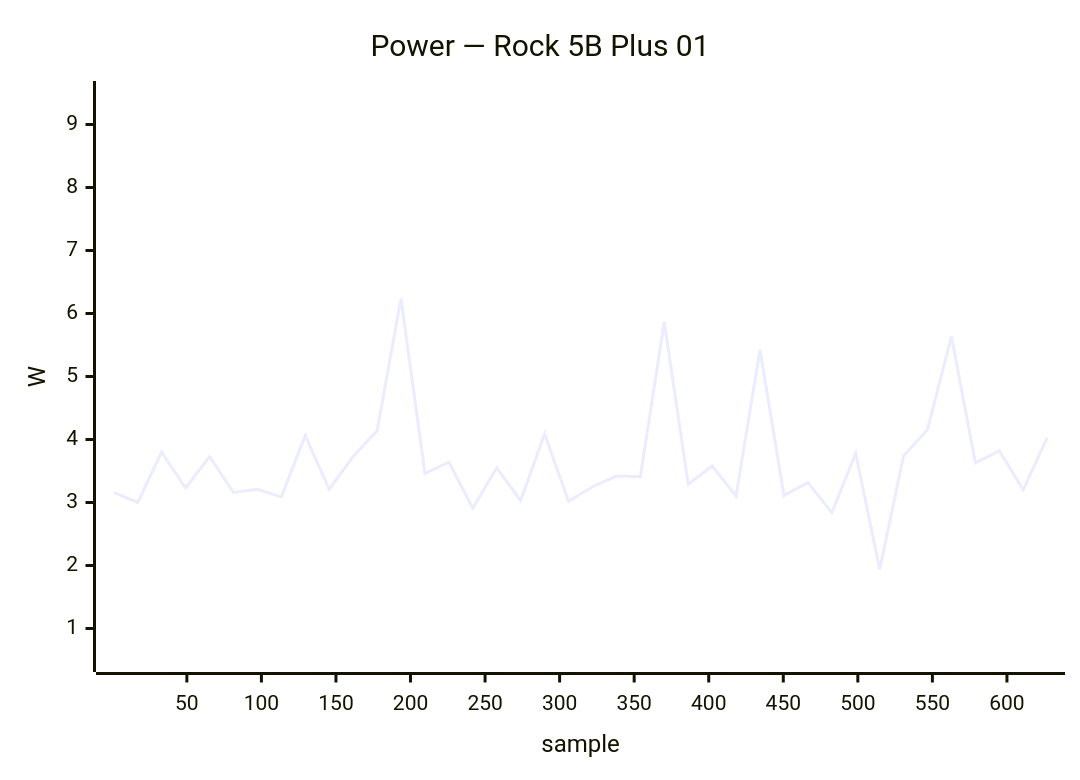
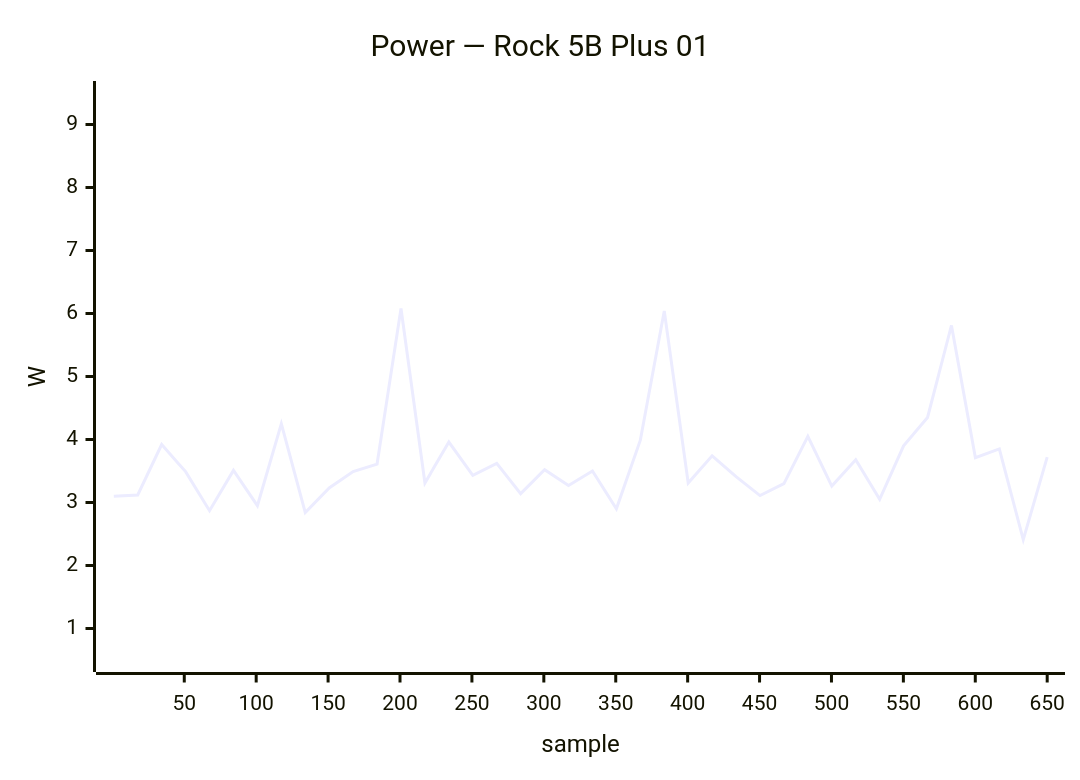
The fifth of 34 diagrams in docs/status/board-tests.md (armbian/documentation), drawn with Mermaid before and after one commit. The commit also changed other lines of this file, not shown here.

````diff
--- a/docs/status/board-tests.md
+++ b/docs/status/board-tests.md
@@ -237,7 +237,7 @@
 ```mermaid
 xychart-beta
     title "Power — Rock 5B Plus 01"
-    x-axis "sample" 1 --> 627
+    x-axis "sample" 1 --> 650
     y-axis "W" 0.5 --> 9.5
-    line [3.16, 3.00, 3.80, 3.23, 3.73, 3.16, 3.21, 3.09, 4.06, 3.21, 3.73, 4.14, 6.24, 3.46, 3.64, 2.91, 3.55, 3.03, 4.09, 3.02, 3.25, 3.42, 3.41, 5.87, 3.29, 3.58, 3.10, 5.43, 3.11, 3.32, 2.84, 3.78, 1.94, 3.74, 4.16, 5.64, 3.63, 3.82, 3.20, 4.03]
+    line [3.10, 3.12, 3.92, 3.49, 2.87, 3.51, 2.95, 4.25, 2.84, 3.23, 3.49, 3.61, 6.08, 3.31, 3.96, 3.43, 3.62, 3.14, 3.52, 3.27, 3.50, 2.90, 3.99, 6.04, 3.31, 3.74, 3.41, 3.11, 3.30, 4.05, 3.26, 3.68, 3.05, 3.90, 4.35, 5.81, 3.71, 3.85, 2.41, 3.72]
 ```
````
